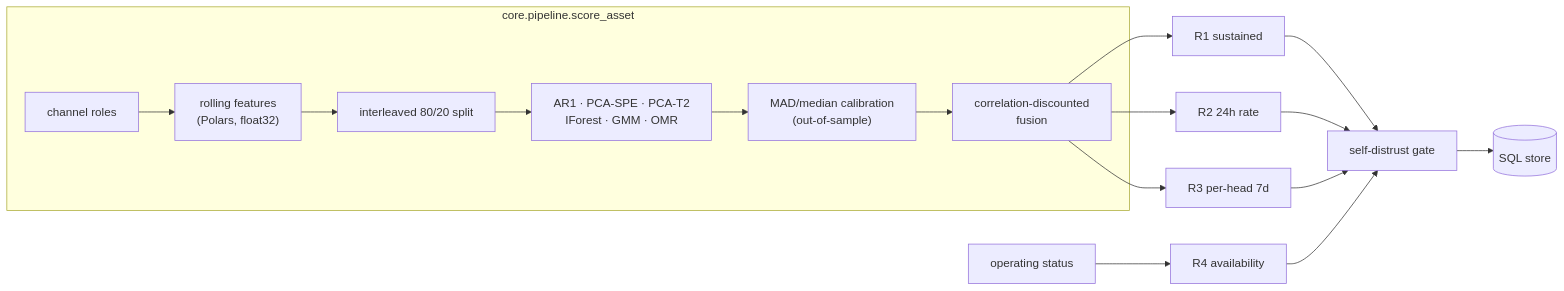
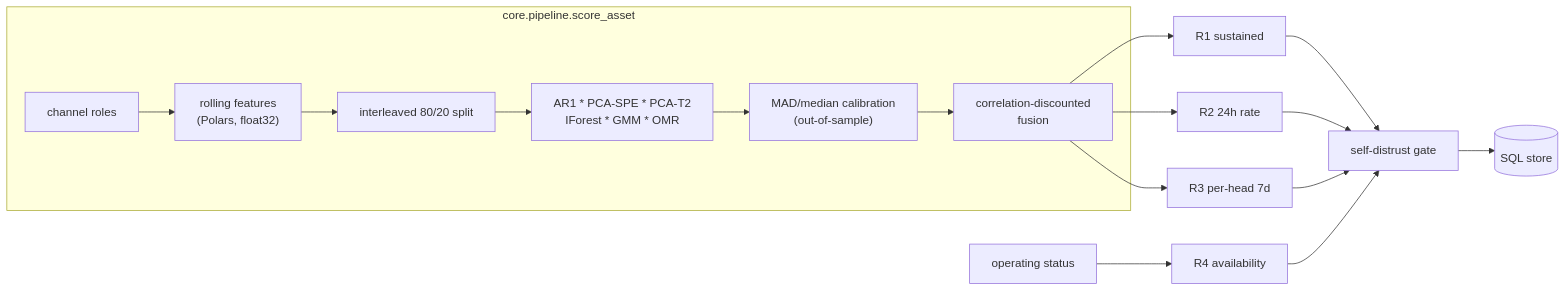
One commit to bhadkamkar9snehil/ACM changed the second of 2 diagrams in README.md. Above: the diagram before and after it, drawn with Mermaid. The commit also changed other lines of this file and 4 other files, not shown here.

````diff
--- a/README.md
+++ b/README.md
@@ -64,16 +64,16 @@
 ```mermaid
 flowchart LR
     subgraph pipeline [core.pipeline.score_asset]
         CR["channel roles"] --> FE["rolling features\n(Polars, float32)"]
         FE --> SPLIT["interleaved 80/20 split"]
-        SPLIT --> DET["AR1 · PCA-SPE · PCA-T2\nIForest · GMM · OMR"]
+        SPLIT --> DET["AR1 * PCA-SPE * PCA-T2\nIForest * GMM * OMR"]
         DET --> CAL["MAD/median calibration\n(out-of-sample)"]
         CAL --> FUS["correlation-discounted\nfusion"]
     end
     FUS --> R1[R1 sustained]
     FUS --> R2[R2 24h rate]
     FUS --> R3[R3 per-head 7d]
     ST["operating status"] --> R4[R4 availability]
     R1 & R2 & R3 & R4 --> DG["self-distrust gate"]
     DG --> SQL[("SQL store")]
 ```
````
